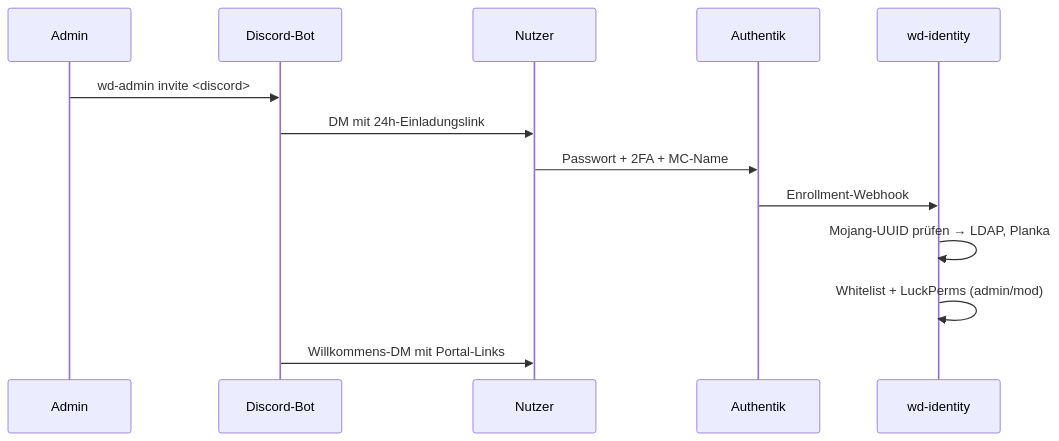
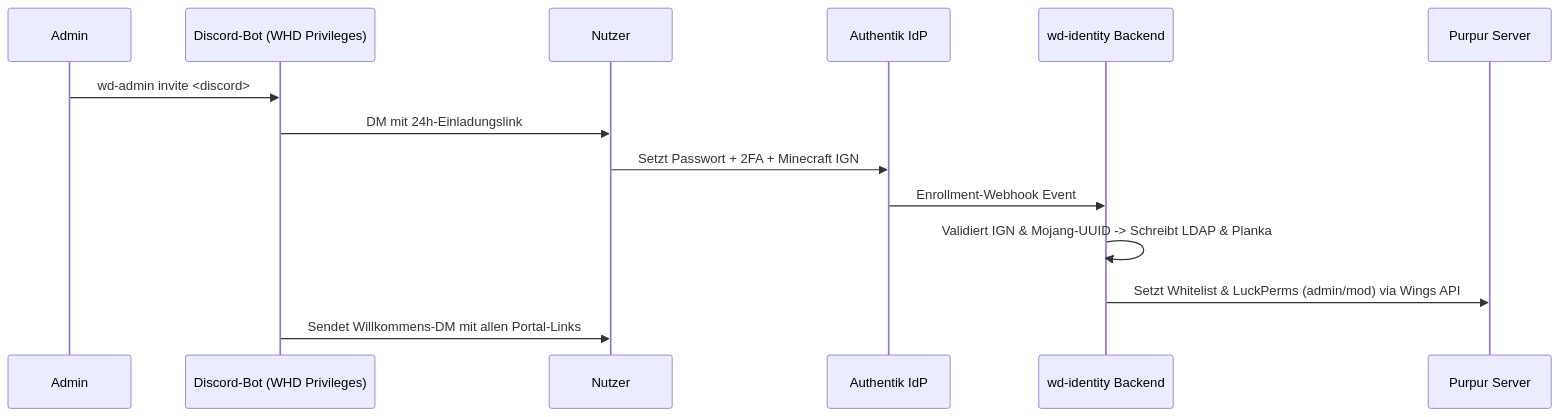
The second of 2 diagrams in README.md (Tigimax/minecraft-weihnachtsdorf-team), drawn with Mermaid before and after one commit. The commit also changed other lines of this file and 11 other files, not shown here.

````diff
--- a/README.md
+++ b/README.md
@@ -90,15 +104,17 @@
 ```mermaid
 sequenceDiagram
     participant A as Admin
-    participant B as Discord-Bot
+    participant B as Discord-Bot (WHD Privileges)
     participant U as Nutzer
-    participant K as Authentik
-    participant S as wd-identity
+    participant K as Authentik IdP
+    participant S as wd-identity Backend
+    participant M as Purpur Server
+
     A->>B: wd-admin invite <discord>
     B->>U: DM mit 24h-Einladungslink
-    U->>K: Passwort + 2FA + MC-Name
-    K->>S: Enrollment-Webhook
-    S->>S: Mojang-UUID prüfen → LDAP, Planka
-    S->>S: Whitelist + LuckPerms (admin/mod)
-    B->>U: Willkommens-DM mit Portal-Links
+    U->>K: Setzt Passwort + 2FA + Minecraft IGN
+    K->>S: Enrollment-Webhook Event
+    S->>S: Validiert IGN & Mojang-UUID -> Schreibt LDAP & Planka
+    S->>M: Setzt Whitelist & LuckPerms (admin/mod) via Wings API
+    B->>U: Sendet Willkommens-DM mit allen Portal-Links
 ```
````
